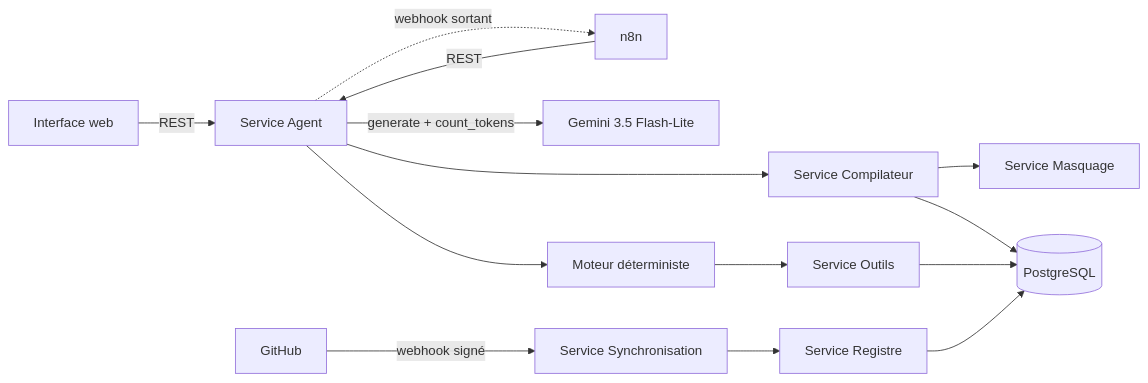
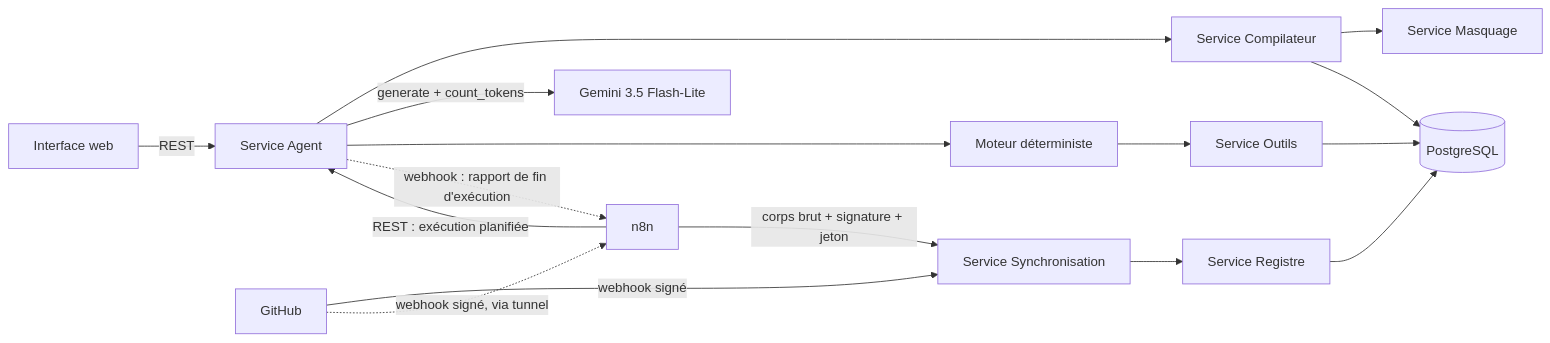
Before and after one commit to lajiliali2077-bit/SOA1-AGENTS: the diagram in README.md, drawn with Mermaid. The commit also changed other lines of this file and 1 other file, not shown here.

````diff
--- a/README.md
+++ b/README.md
@@ -112,15 +111,17 @@
 ```mermaid
 flowchart LR
     UI[Interface web] -->|REST| AGENT[Service Agent]
-    N8N[n8n] -->|REST| AGENT
+    N8N[n8n] -->|REST : exécution planifiée| AGENT
     AGENT --> COMP[Service Compilateur]
     AGENT -->|generate + count_tokens| GEMINI[Gemini 3.5 Flash-Lite]
     AGENT --> ENG[Moteur déterministe]
     ENG --> TOOLS[Service Outils]
     COMP --> MASK[Service Masquage]
     COMP --> DB[(PostgreSQL)]
     TOOLS --> DB
-    AGENT -.->|webhook sortant| N8N
+    AGENT -.->|webhook : rapport de fin d'exécution| N8N
     GH[GitHub] -->|webhook signé| SYNC[Service Synchronisation]
+    GH -.->|webhook signé, via tunnel| N8N
+    N8N -->|corps brut + signature + jeton| SYNC
     SYNC --> REG[Service Registre] --> DB
 ```
````
